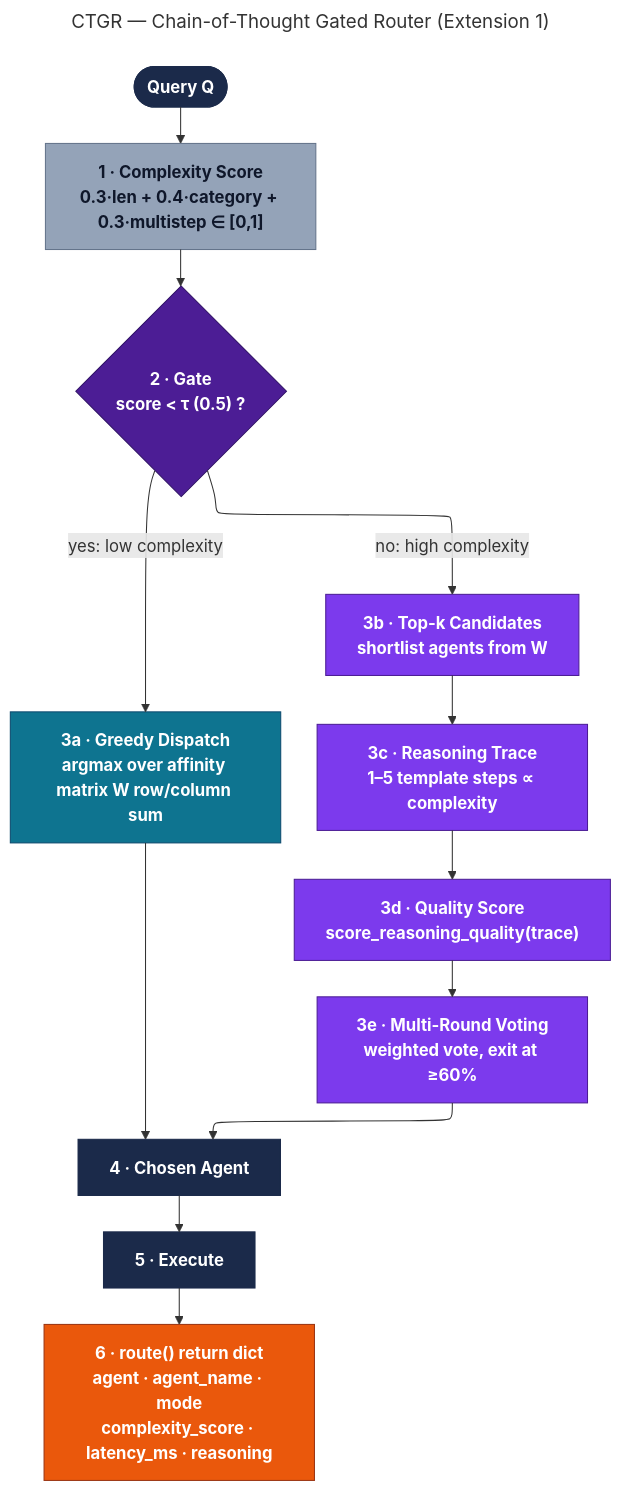
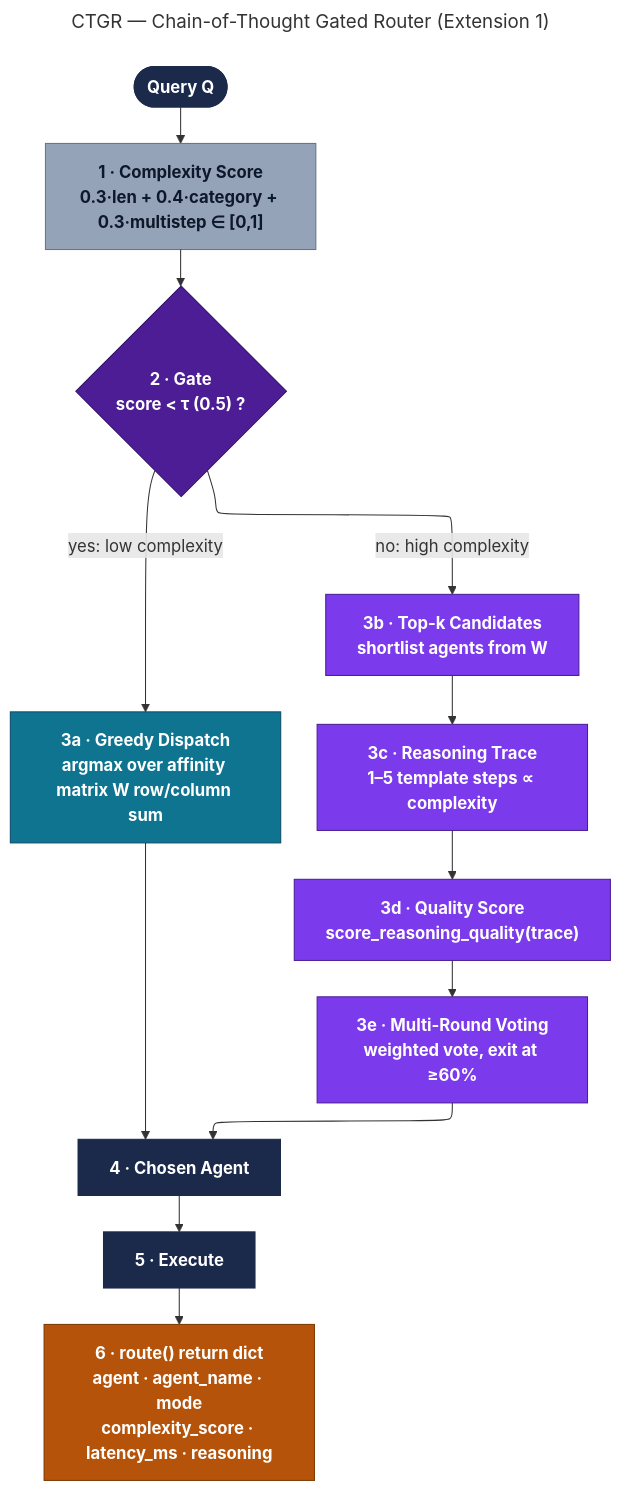
One commit to joyjeni/aprr-multi-agent-routing changed the third of 4 diagrams in README.md. Above: the diagram before and after it, drawn with Mermaid. The commit also changed other lines of this file, not shown here.

````diff
--- a/README.md
+++ b/README.md
@@ -126,38 +163,38 @@
 ```mermaid
 ---
 title: CTGR — Chain-of-Thought Gated Router (Extension 1)
 config:
   layout: elk
 ---
 flowchart TD
     Q(["Query Q"]):::input
     C1["1 · Complexity Score<br/>0.3&middot;len + 0.4&middot;category + 0.3&middot;multistep &isin; [0,1]"]:::cut
     GATE{"2 · Gate<br/>score &lt; &tau; (0.5) ?"}:::gate
 
     G1["3a · Greedy Dispatch<br/>argmax over affinity matrix W row/column sum"]:::greedy
 
     D1["3b · Top-k Candidates<br/>shortlist agents from W"]:::delib
     D2["3c · Reasoning Trace<br/>1&ndash;5 template steps &prop; complexity"]:::delib
     D3["3d · Quality Score<br/>score_reasoning_quality(trace)"]:::delib
     D4["3e · Multi-Round Voting<br/>weighted vote, exit at &ge;60%"]:::delib
 
     AGENT["4 · Chosen Agent"]:::exec
     EXEC["5 · Execute"]:::exec
     RET["6 · route() return dict<br/>agent &middot; agent_name &middot; mode<br/>complexity_score &middot; latency_ms &middot; reasoning"]:::audit
 
     Q --> C1 --> GATE
     GATE -->|"yes: low complexity"| G1
     GATE -->|"no: high complexity"| D1
     D1 --> D2 --> D3 --> D4
     G1 --> AGENT
     D4 --> AGENT
     AGENT --> EXEC --> RET
 
     classDef input fill:#1B2A4A,stroke:#1B2A4A,color:#ffffff,font-weight:bold
     classDef cut fill:#94A3B8,stroke:#64748B,color:#0f172a,font-weight:bold
     classDef gate fill:#4C1D95,stroke:#2E1065,color:#ffffff,font-weight:bold
     classDef greedy fill:#0E7490,stroke:#0C4A6E,color:#ffffff,font-weight:bold
     classDef delib fill:#7C3AED,stroke:#4C1D95,color:#ffffff,font-weight:bold
     classDef exec fill:#1B2A4A,stroke:#1B2A4A,color:#ffffff,font-weight:bold
-    classDef audit fill:#EA580C,stroke:#9A3412,color:#ffffff,font-weight:bold
+    classDef audit fill:#b45309,stroke:#7c3a02,color:#ffffff,font-weight:bold
 ```
````
